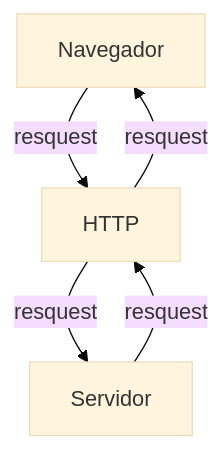
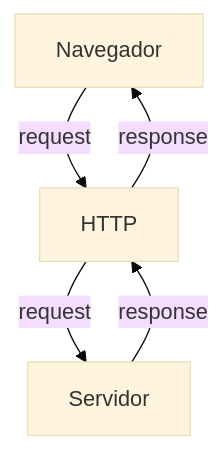
One commit to juliamenoni/Back-End changed the first of 28 diagrams in README.md. Above: the diagram before and after it, drawn with Mermaid (base theme). The commit also changed other lines of this file and 62 other files, not shown here.

````diff
--- a/README.md
+++ b/README.md
@@ -92,11 +102,14 @@
 ```mermaid
+
 graph TD
-A[Navegador]
-B[HTTP]
-C[Servidor]
+    
+    A[Navegador]
+    B[HTTP]
+    C[Servidor]
 
-A-->|resquest|B
-B-->|resquest|C
-C-->|resquest|B
-B-->|resquest|A
+    A --> |request| B
+    B --> |request| C
+    C --> |response| B
+    B --> |response| A
+
 ```
````
